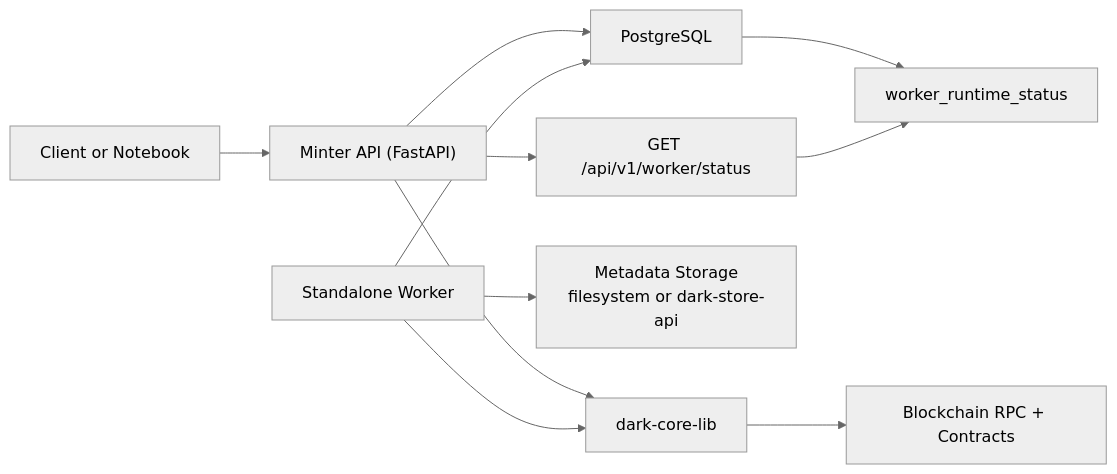
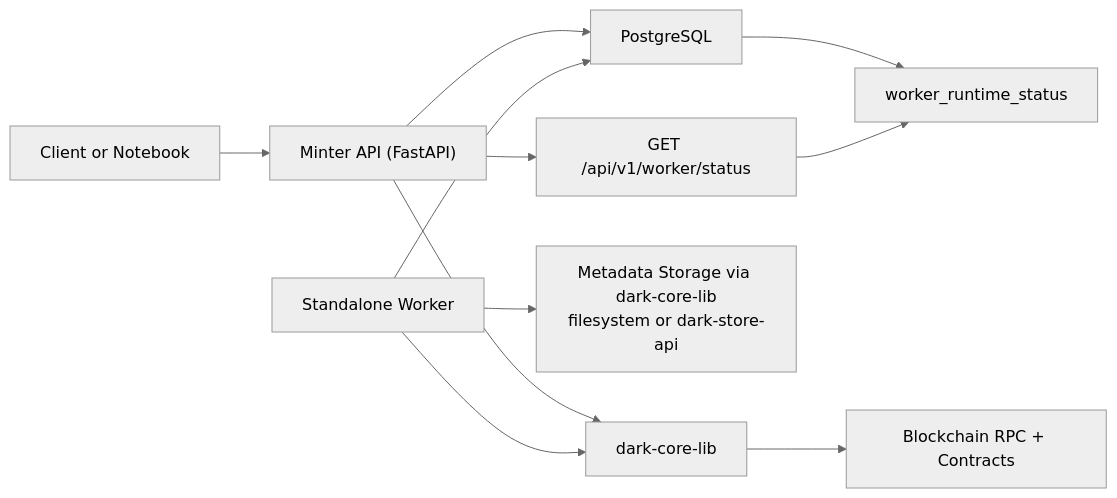
The first of 12 diagrams in README.md (LA-Referencia-IOI/dark-core-minter-api), drawn with Mermaid (neutral theme) before and after one commit. The commit also changed other lines of this file and 29 other files, not shown here.

First line of the commit message:
Switch to dark-core-lib metadata service

````diff
--- a/README.md
+++ b/README.md
@@ -40,15 +40,15 @@
 ```mermaid
 flowchart LR
     C["Client or Notebook"] --> API["Minter API (FastAPI)"]
     API --> DB["PostgreSQL"]
     API --> CORE["dark-core-lib"]
     CORE --> CHAIN["Blockchain RPC + Contracts"]
 
     W["Standalone Worker"] --> DB
-    W --> STORE["Metadata Storage\nfilesystem or dark-store-api"]
+    W --> STORE["Metadata Storage via dark-core-lib\nfilesystem or dark-store-api"]
     W --> CORE
 
     DB --> HB["worker_runtime_status"]
     API --> WS["GET /api/v1/worker/status"]
     WS --> HB
 ```
````
